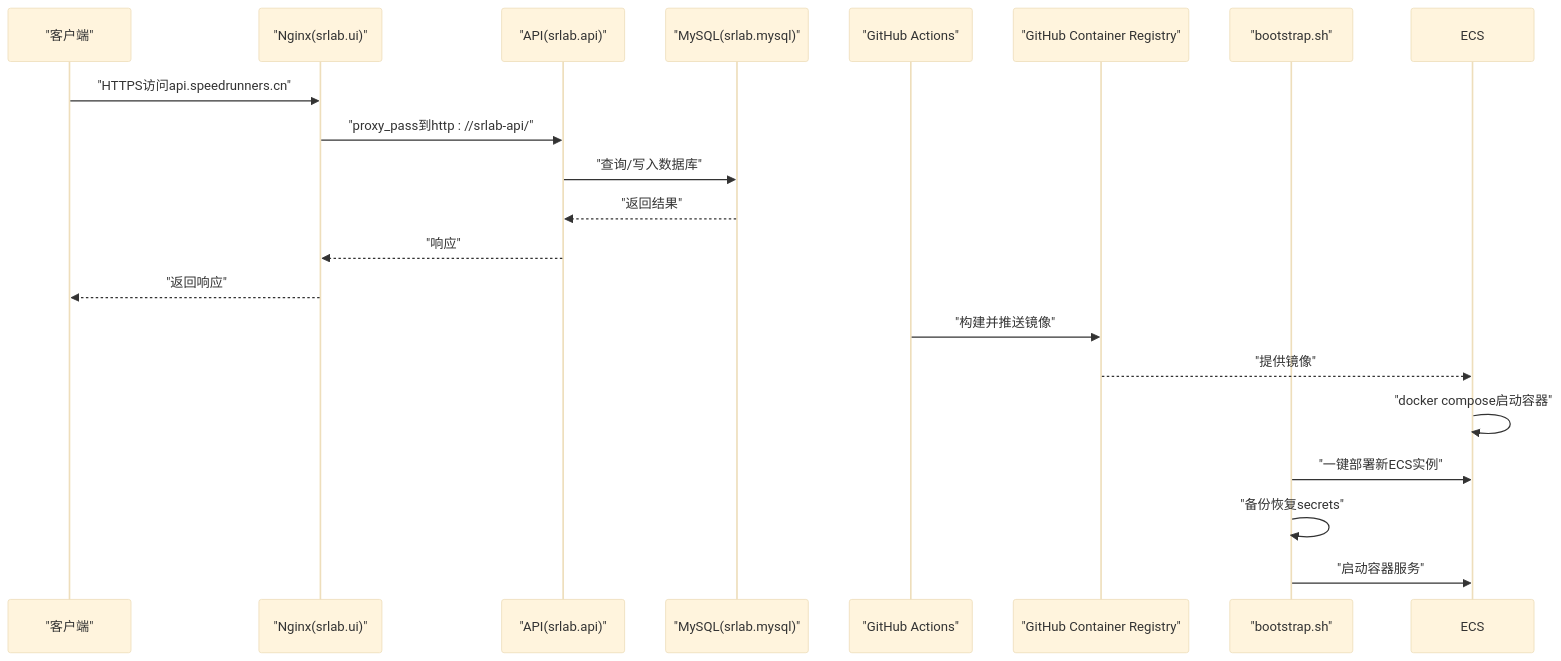
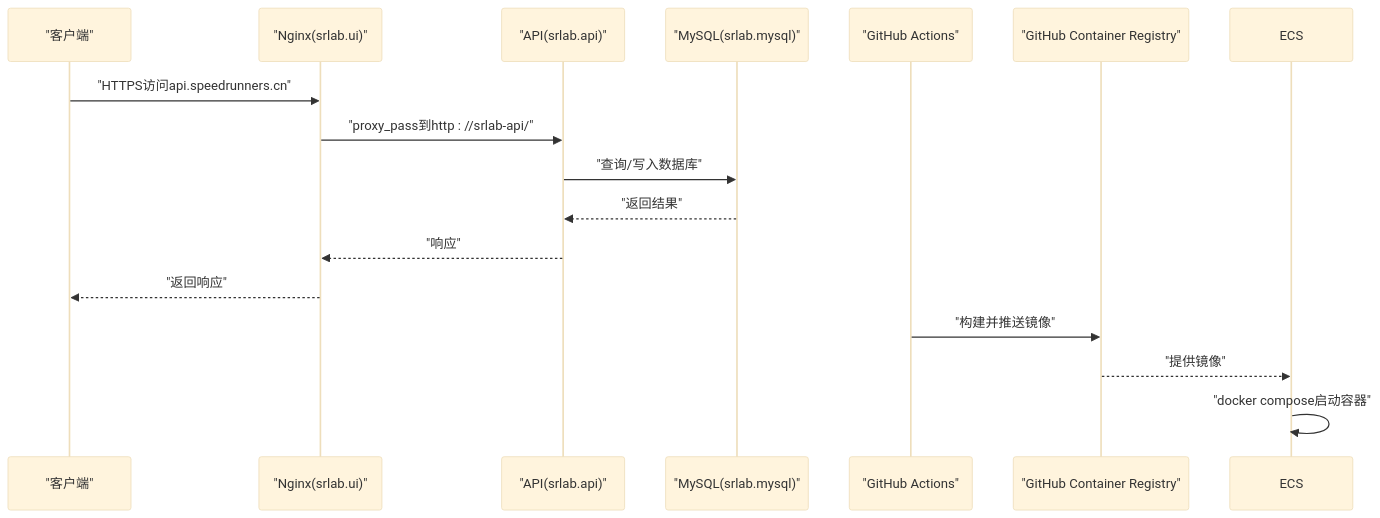
The second of 4 diagrams in .qoder/repowiki/zh/content/部署运维.md (TinyMaD/SpeedRunnersLab), drawn with Mermaid (base theme) before and after one commit. The commit also changed other lines of this file and 3 other files, not shown here.

````diff
--- a/.qoder/repowiki/zh/content/部署运维.md
+++ b/.qoder/repowiki/zh/content/部署运维.md
@@ -155,22 +142,18 @@
 ```mermaid
 sequenceDiagram
 participant C as "客户端"
 participant N as "Nginx(srlab.ui)"
 participant A as "API(srlab.api)"
 participant DB as "MySQL(srlab.mysql)"
 participant GHA as "GitHub Actions"
 participant GHCR as "GitHub Container Registry"
-participant BOOT as "bootstrap.sh"
 C->>N : "HTTPS访问api.speedrunners.cn"
 N->>A : "proxy_pass到http : //srlab-api/"
 A->>DB : "查询/写入数据库"
 DB-->>A : "返回结果"
 A-->>N : "响应"
 N-->>C : "返回响应"
 GHA->>GHCR : "构建并推送镜像"
 GHCR-->>ECS : "提供镜像"
 ECS->>ECS : "docker compose启动容器"
-BOOT->>ECS : "一键部署新ECS实例"
-BOOT->>BOOT : "备份恢复secrets"
-BOOT->>ECS : "启动容器服务"
 ```
````
